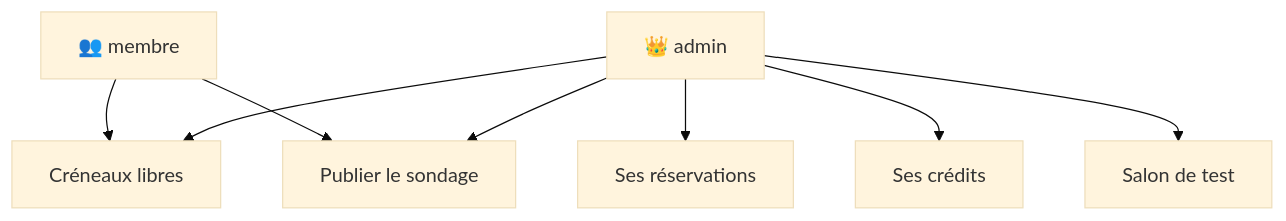
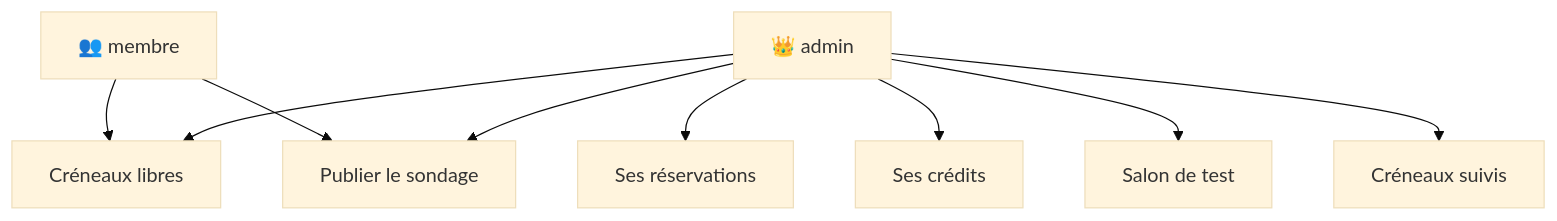
Before and after one commit to benjaminschaal/homesmash: the second of 2 diagrams in README.md, drawn with Mermaid (base theme). The commit also changed other lines of this file and 16 other files, not shown here.

````diff
--- a/README.md
+++ b/README.md
@@ -122,10 +124,11 @@
 ```mermaid
 flowchart TD
     M["👥 membre"] --> D1["Créneaux libres"]
     M --> D2["Publier le sondage"]
     A["👑 admin"] --> D1
     A --> D2
     A --> D3["Ses réservations"]
     A --> D4["Ses crédits"]
     A --> D5["Salon de test"]
+    A --> D6["Créneaux suivis"]
 ```
````
